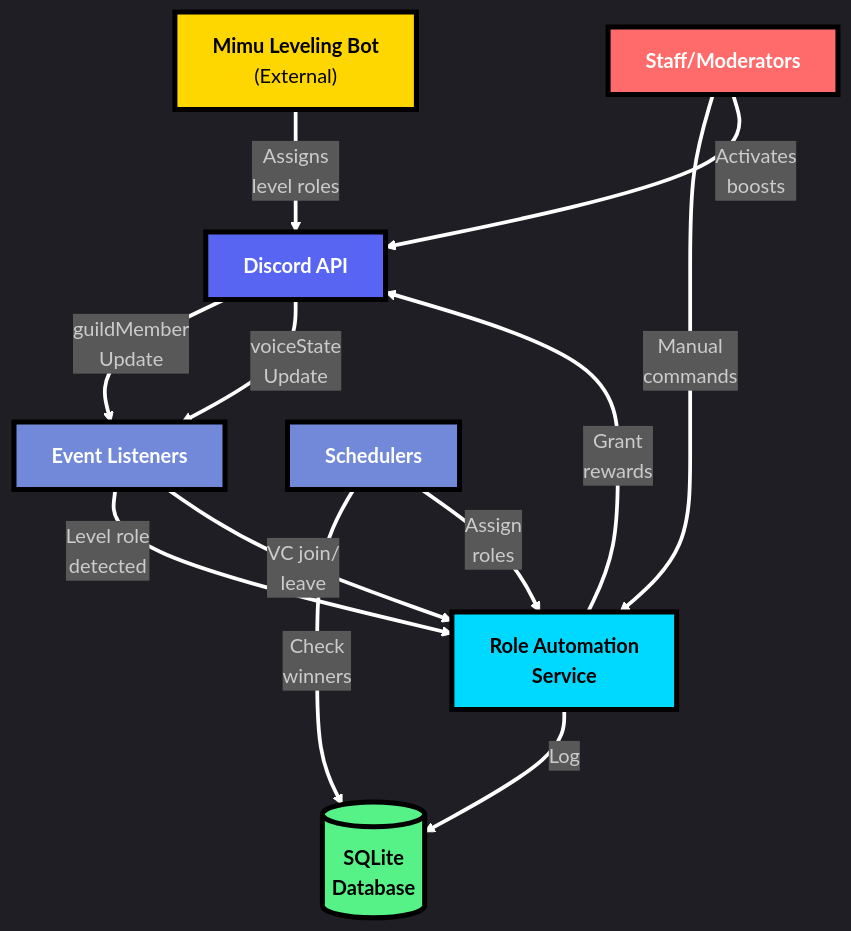
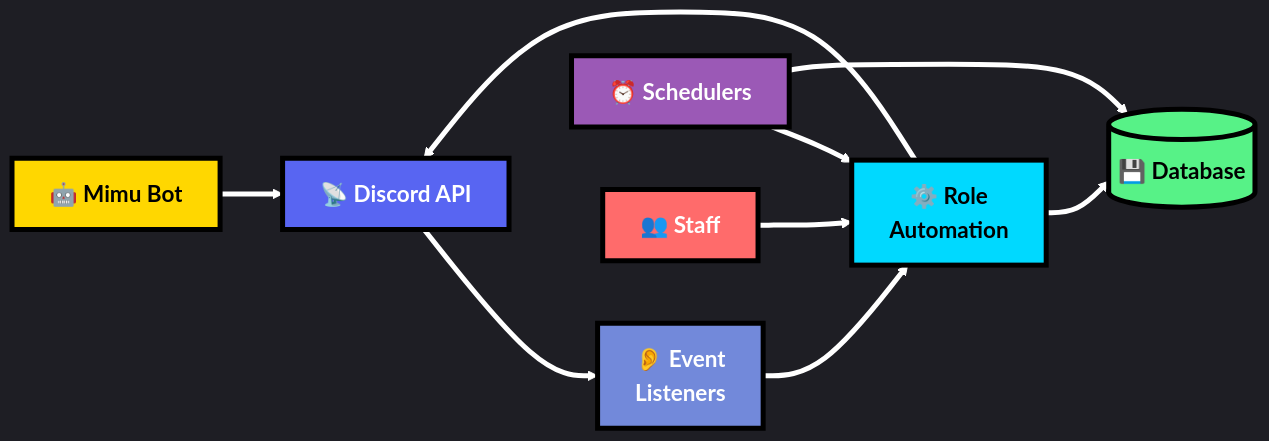
Before and after one commit to watchthelight/pawtech-v2: the first of 9 diagrams in docs/roadmap/ROLE_AUTOMATION_PLAN.md, drawn with Mermaid. The commit also changed other lines of this file, not shown here.

Commit message:
Couple more changes

````diff
--- a/docs/roadmap/ROLE_AUTOMATION_PLAN.md
+++ b/docs/roadmap/ROLE_AUTOMATION_PLAN.md
@@ -25,38 +25,32 @@
 ```mermaid
-%%{init: {'theme':'dark', 'themeVariables': { 'fontSize':'16px'}}}%%
-flowchart TB
-    MIMU["<b>Mimu Leveling Bot</b><br/>(External)"]
-    DISCORD["<b>Discord API</b>"]
-    STAFF["<b>Staff/Moderators</b>"]
+%%{init: {'theme':'dark', 'themeVariables': { 'fontSize':'18px'}}}%%
+flowchart LR
+    MIMU["<b>🤖 Mimu Bot</b>"]
+    DISCORD["<b>📡 Discord API</b>"]
 
-    EVENTS["<b>Event Listeners</b>"]
-    SCHED["<b>Schedulers</b>"]
-    ROLE["<b>Role Automation<br/>Service</b>"]
-    DB[("<b>SQLite<br/>Database</b>")]
+    EVENTS["<b>👂 Event<br/>Listeners</b>"]
+    ROLE["<b>⚙️ Role<br/>Automation</b>"]
+    DB[("<b>💾 Database</b>")]
+    SCHED["<b>⏰ Schedulers</b>"]
 
-    MIMU -->|"Assigns<br/>level roles"| DISCORD
-    STAFF -->|"Manual<br/>commands"| ROLE
-    STAFF -->|"Activates<br/>boosts"| DISCORD
+    STAFF["<b>👥 Staff</b>"]
 
-    DISCORD -->|"guildMember<br/>Update"| EVENTS
-    DISCORD -->|"voiceState<br/>Update"| EVENTS
-
-    EVENTS -->|"Level role<br/>detected"| ROLE
-    EVENTS -->|"VC join/<br/>leave"| ROLE
-
-    SCHED -->|"Check<br/>winners"| DB
-    SCHED -->|"Assign<br/>roles"| ROLE
-
-    ROLE -->|"Grant<br/>rewards"| DISCORD
-    ROLE -->|"Log"| DB
+    MIMU --> DISCORD
+    DISCORD --> EVENTS
+    EVENTS --> ROLE
+    SCHED --> ROLE
+    STAFF --> ROLE
+    ROLE --> DISCORD
+    ROLE --> DB
+    SCHED --> DB
 
     style MIMU fill:#FFD700,stroke:#000,stroke-width:4px,color:#000
     style DISCORD fill:#5865F2,stroke:#000,stroke-width:4px,color:#fff
-    style STAFF fill:#FF6B6B,stroke:#000,stroke-width:4px,color:#fff
     style EVENTS fill:#7289DA,stroke:#000,stroke-width:4px,color:#fff
-    style SCHED fill:#7289DA,stroke:#000,stroke-width:4px,color:#fff
     style ROLE fill:#00D9FF,stroke:#000,stroke-width:4px,color:#000
     style DB fill:#57F287,stroke:#000,stroke-width:4px,color:#000
+    style SCHED fill:#9B59B6,stroke:#000,stroke-width:4px,color:#fff
+    style STAFF fill:#FF6B6B,stroke:#000,stroke-width:4px,color:#fff
 
-    linkStyle default stroke:#fff,stroke-width:3px
+    linkStyle default stroke:#fff,stroke-width:4px
 ```
````
